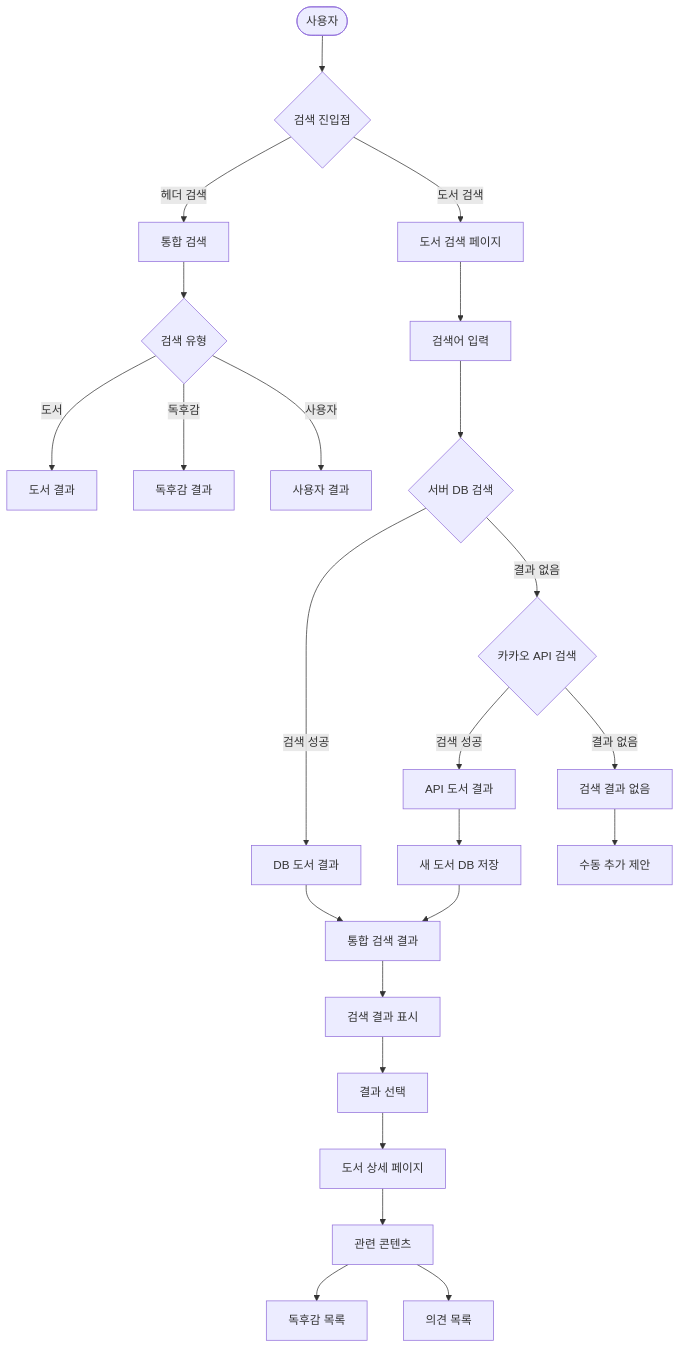
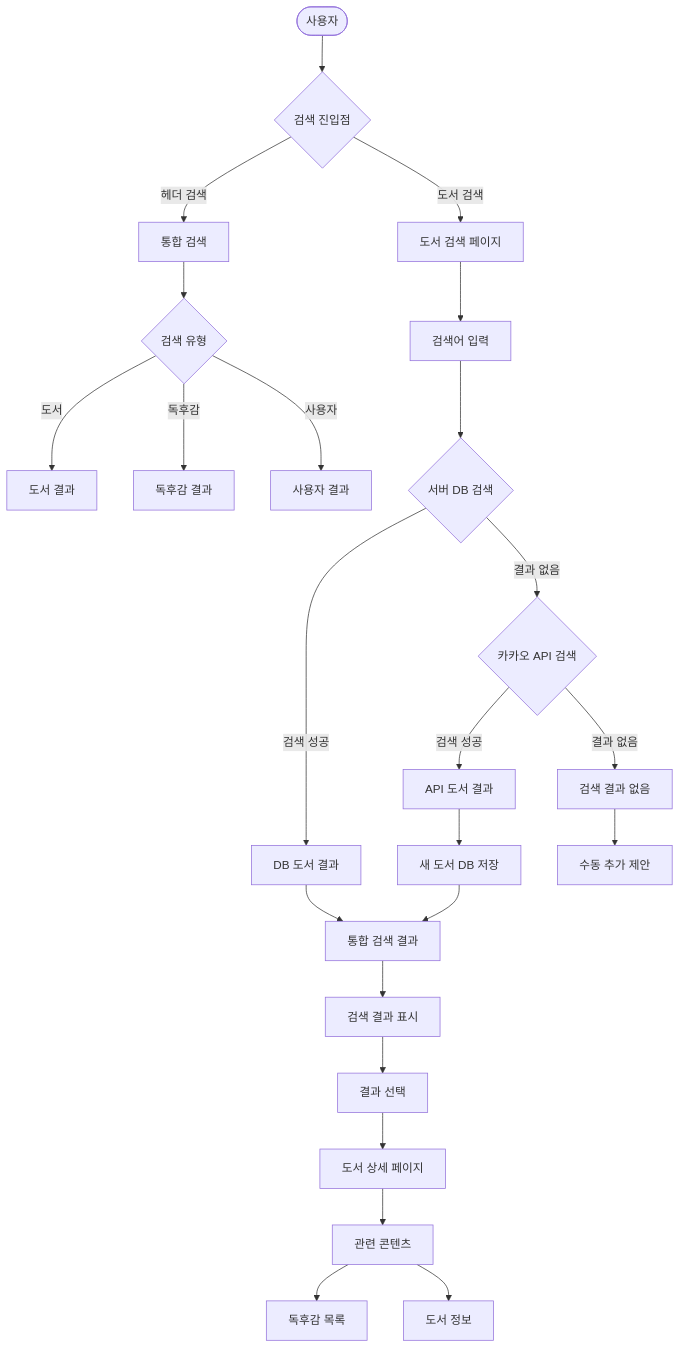
Before and after one commit to zerodice0/readzone: the fifth of 9 diagrams in docs/user-flows.md, drawn with Mermaid. The commit also changed other lines of this file and 23 other files, not shown here.

Commit message:
docs: update prd and user-flow.

````diff
--- a/docs/user-flows.md
+++ b/docs/user-flows.md
@@ -188,34 +333,34 @@
 ```mermaid
 flowchart TD
     Start([사용자]) --> SearchEntry{검색 진입점}
     
     SearchEntry -->|헤더 검색| GlobalSearch[통합 검색]
     SearchEntry -->|도서 검색| BookSearch[도서 검색 페이지]
     
     GlobalSearch --> SearchType{검색 유형}
     SearchType -->|도서| BookResults[도서 결과]
     SearchType -->|독후감| ReviewResults[독후감 결과]
     SearchType -->|사용자| UserResults[사용자 결과]
     
     BookSearch --> SearchInput[검색어 입력]
     SearchInput --> ServerDB{서버 DB 검색}
     
     ServerDB -->|검색 성공| DBBookResults[DB 도서 결과]
     ServerDB -->|결과 없음| KakaoAPI{카카오 API 검색}
     
     KakaoAPI -->|검색 성공| APIBookResults[API 도서 결과]
     APIBookResults --> SaveNewBooks[새 도서 DB 저장]
     SaveNewBooks --> CombinedResults[통합 검색 결과]
     
     DBBookResults --> CombinedResults
     CombinedResults --> ShowResults[검색 결과 표시]
     
     KakaoAPI -->|결과 없음| NoResults[검색 결과 없음]
     NoResults --> ManualAdd[수동 추가 제안]
     
     ShowResults --> SelectResult[결과 선택]
     SelectResult --> BookPage[도서 상세 페이지]
     BookPage --> RelatedContent[관련 콘텐츠]
     RelatedContent --> Reviews[독후감 목록]
-    RelatedContent --> Opinions[의견 목록]
+    RelatedContent --> BookInfo[도서 정보]
 ```
````
